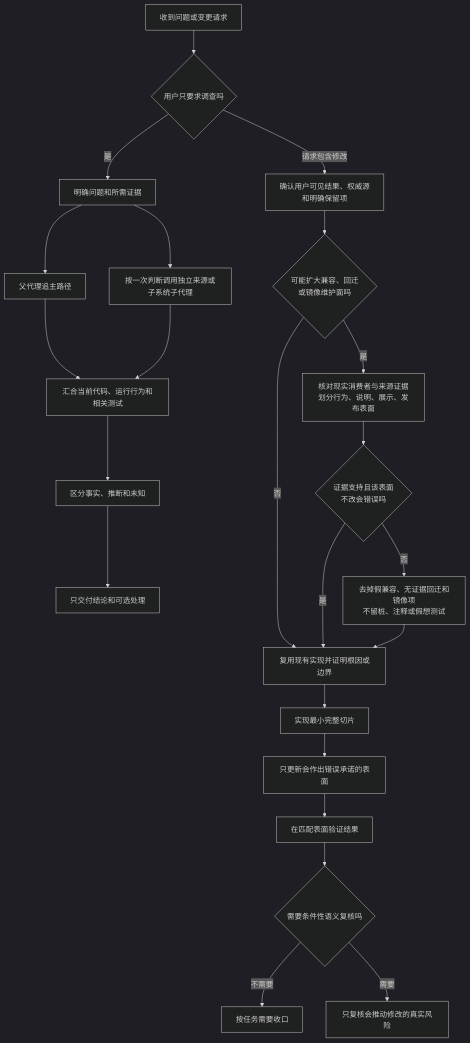
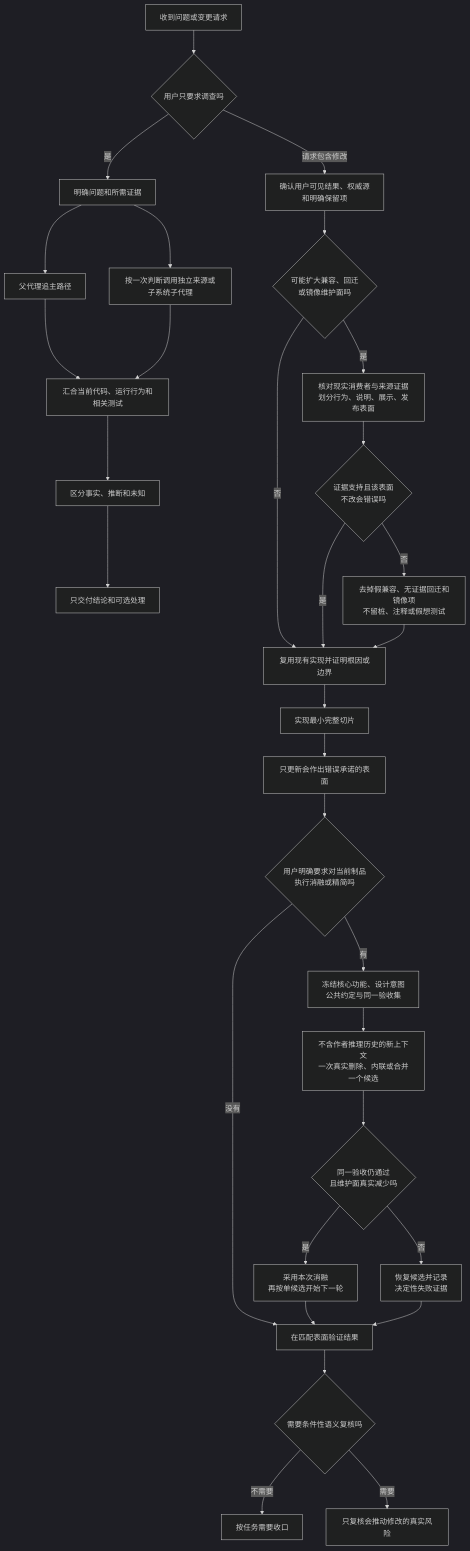
Before and after one commit to Lang45/codex-lean-stack: the sixth of 13 diagrams in skills/lean-stack/references/flowcharts-zh.md, drawn with Mermaid (dark theme). The commit also changed other lines of this file and 9 other files, not shown here.

````diff
--- a/skills/lean-stack/references/flowcharts-zh.md
+++ b/skills/lean-stack/references/flowcharts-zh.md
@@ -411,25 +426,33 @@
 ```mermaid
 flowchart TD
     A[收到问题或变更请求] --> B{用户只要求调查吗}
     B -->|是| C[明确问题和所需证据]
     C --> D[父代理追主路径]
     C --> E[按一次判断调用独立来源或子系统子代理]
     D --> F[汇合当前代码、运行行为和相关测试]
     E --> F
     F --> G[区分事实、推断和未知]
     G --> H[只交付结论和可选处理]
     B -->|请求包含修改| I[确认用户可见结果、权威源<br/>和明确保留项]
     I --> I2{可能扩大兼容、回迁<br/>或镜像维护面吗}
     I2 -->|否| J[复用现有实现并证明根因或边界]
     I2 -->|是| I3[核对现实消费者与来源证据<br/>划分行为、说明、展示、发布表面]
     I3 --> I4{证据支持且该表面<br/>不改会错误吗}
     I4 -->|否| I5[去掉假兼容、无证据回迁和镜像项<br/>不留桩、注释或假想测试]
     I4 -->|是| J
     I5 --> J
     J --> K[实现最小完整切片]
     K --> K2[只更新会作出错误承诺的表面]
-    K2 --> L[在匹配表面验证结果]
+    K2 --> AB{用户明确要求对当前制品<br/>执行消融或精简吗}
+    AB -->|没有| L[在匹配表面验证结果]
+    AB -->|有| AB0[冻结核心功能、设计意图<br/>公共约定与同一验收集]
+    AB0 --> AB1[不含作者推理历史的新上下文<br/>一次真实删除、内联或合并一个候选]
+    AB1 --> AB2{同一验收仍通过<br/>且维护面真实减少吗}
+    AB2 -->|是| AB3[采用本次消融<br/>再按单候选开始下一轮]
+    AB2 -->|否| AB4[恢复候选并记录<br/>决定性失败证据]
+    AB3 --> L
+    AB4 --> L
     L --> M{需要条件性语义复核吗}
     M -->|不需要| N[按任务需要收口]
     M -->|需要| O[只复核会推动修改的真实风险]
 ```
````
